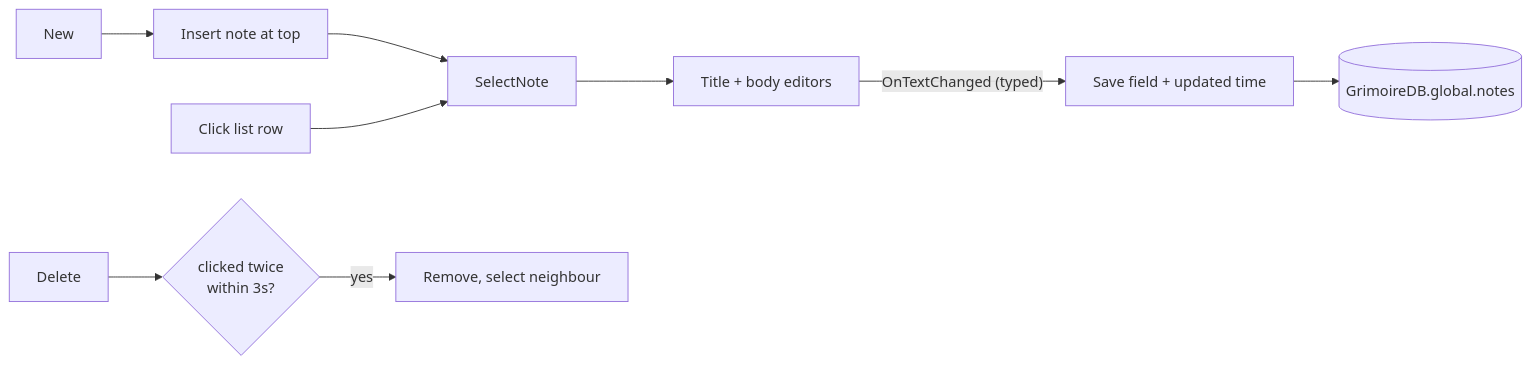
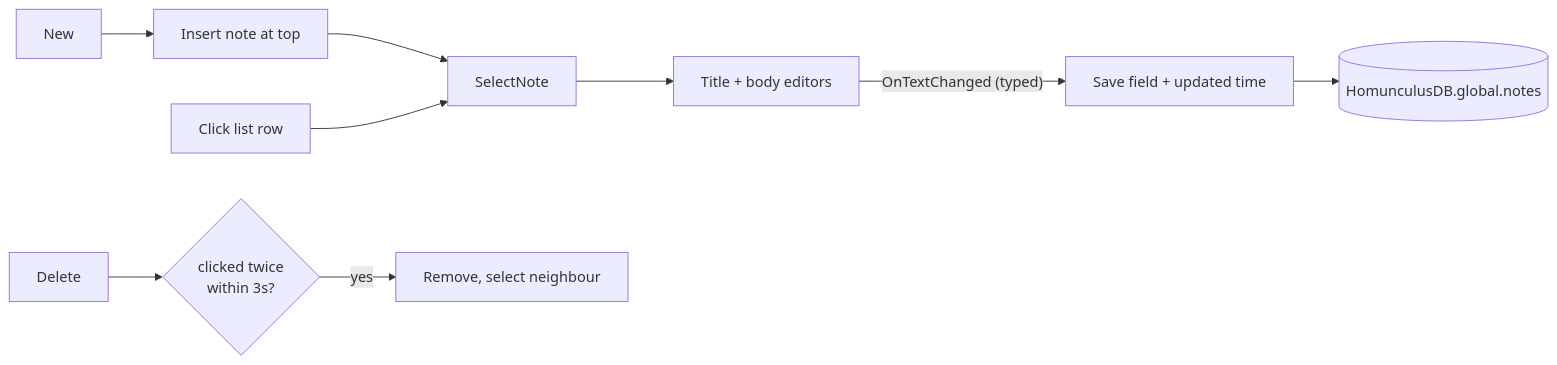
Before and after one commit to PhillypHenning/grimoire: the second of 2 diagrams in docs/features/notes/README.md, drawn with Mermaid. The commit also changed other lines of this file and 178 other files, not shown here.

First line of the commit message:
Rename the suite from Grimoire to Homunculus (ADR 0010)

````diff
--- a/docs/features/notes/README.md
+++ b/docs/features/notes/README.md
@@ -22,10 +22,10 @@
 ```mermaid
 flowchart LR
     New[New] --> Insert[Insert note at top] --> Select
     Row[Click list row] --> Select[SelectNote]
     Select --> Editor[Title + body editors]
     Editor -- "OnTextChanged (typed)" --> Save[Save field + updated time]
-    Save --> DB[(GrimoireDB.global.notes)]
+    Save --> DB[(HomunculusDB.global.notes)]
     Del[Delete] --> Confirm{clicked twice<br/>within 3s?}
     Confirm -- yes --> Remove[Remove, select neighbour]
 ```
````
